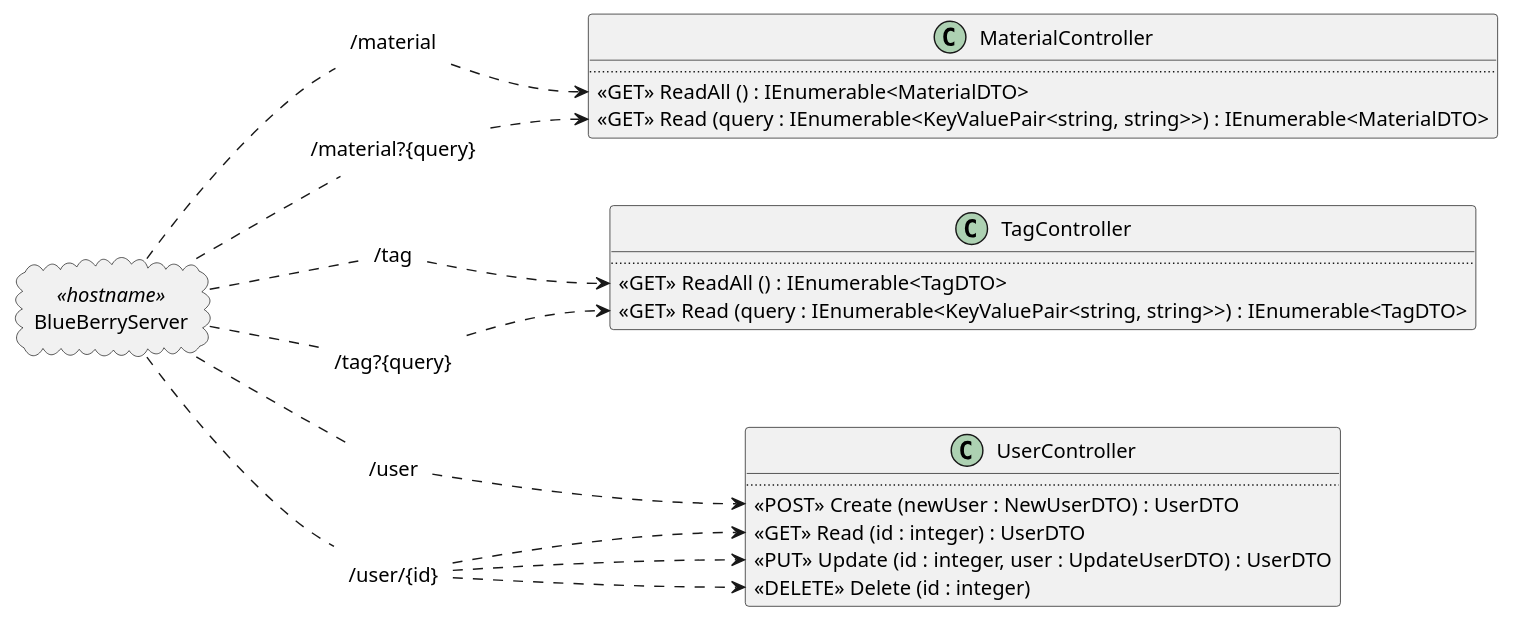
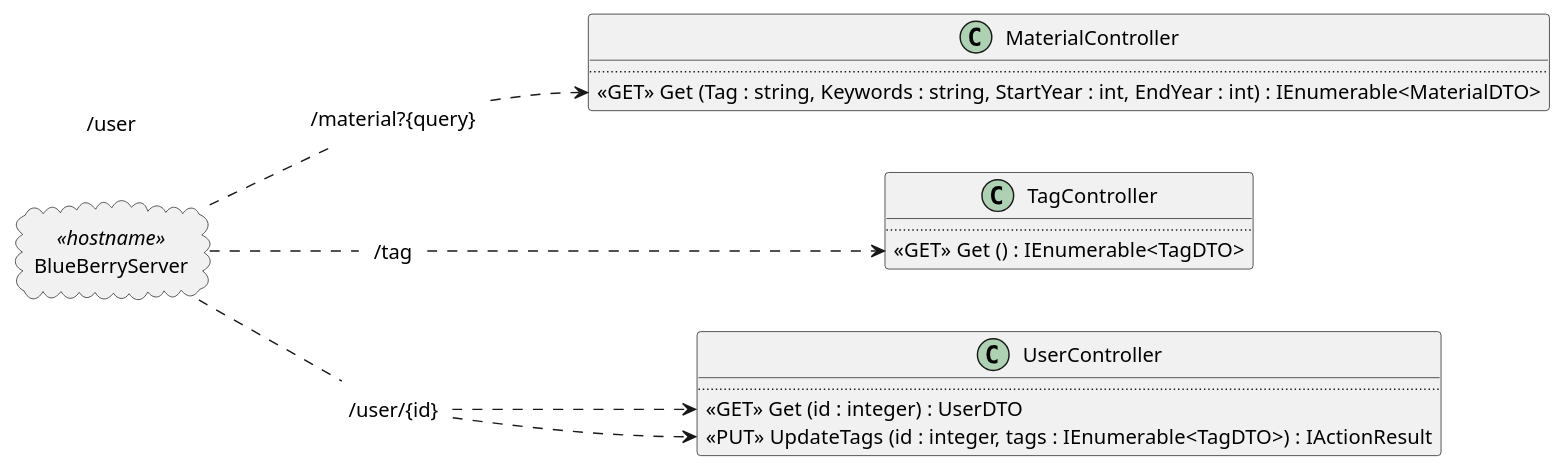
The diagram in docs/uml/controllers.puml (toffernator/blueberry), drawn with PlantUML before and after one commit. The commit also changed 3 other files, not shown here.

```diff
--- a/docs/uml/controllers.puml
+++ b/docs/uml/controllers.puml
@@ -1,57 +1,40 @@
 @startuml
 left to right direction
 allowmixing
 
 cloud BlueBerryServer <<hostname>>
 
 class UserController {
   ..
-  <<POST>> Create (newUser : NewUserDTO) : UserDTO
-  <<GET>> Read (id : integer) : UserDTO
-  <<PUT>> Update (id : integer, user : UpdateUserDTO) : UserDTO
-  <<DELETE>> Delete (id : integer)
+  <<GET>> Get (id : integer) : UserDTO
+  <<PUT>> UpdateTags (id : integer, tags : IEnumerable<TagDTO>) : IActionResult 
 }
 
 class MaterialController {
   ..
-  <<GET>> ReadAll () : IEnumerable<MaterialDTO>
-  <<GET>> Read (query : IEnumerable<KeyValuePair<string, string>>) : IEnumerable<MaterialDTO>
+  <<GET>> Get (Tag : string, Keywords : string, StartYear : int, EndYear : int) : IEnumerable<MaterialDTO>
 }
 
 class TagController {
   ..
-  <<GET>> ReadAll () : IEnumerable<TagDTO>
-  <<GET>> Read (query : IEnumerable<KeyValuePair<string, string>>) : IEnumerable<TagDTO>
+  <<GET>> Get () : IEnumerable<TagDTO>
 }
-label "/material" as material
-label "/material?{query}" as materialquery
+label "/material?{query}" as material
 
 label "/tag" as tag
-label "/tag?{query}" as tagquery
 
 label "/user/{id}" as userid
 label "/user" as user
 
 BlueBerryServer -. material
-material -.> MaterialController::ReadAll 
+material -.> MaterialController::Get 
 
-BlueBerryServer -. materialquery
-materialquery -.> MaterialController::Read
-
-BlueBerryServer -. tag 
-tag -.> TagController::ReadAll 
-
-BlueBerryServer -. tagquery
-tagquery -.> TagController::Read
+BlueBerryServer -. tag
+tag -.> TagController::Get
 
 
 BlueBerryServer -. userid
-userid -.> UserController::Read   
-userid -.> UserController::Update
-userid -.> UserController::Delete
-
-BlueBerryServer -. user
-user -.> UserController::Create
-
+userid -.> UserController::Get   
+userid -.> UserController::UpdateTags
 
 @enduml
```
